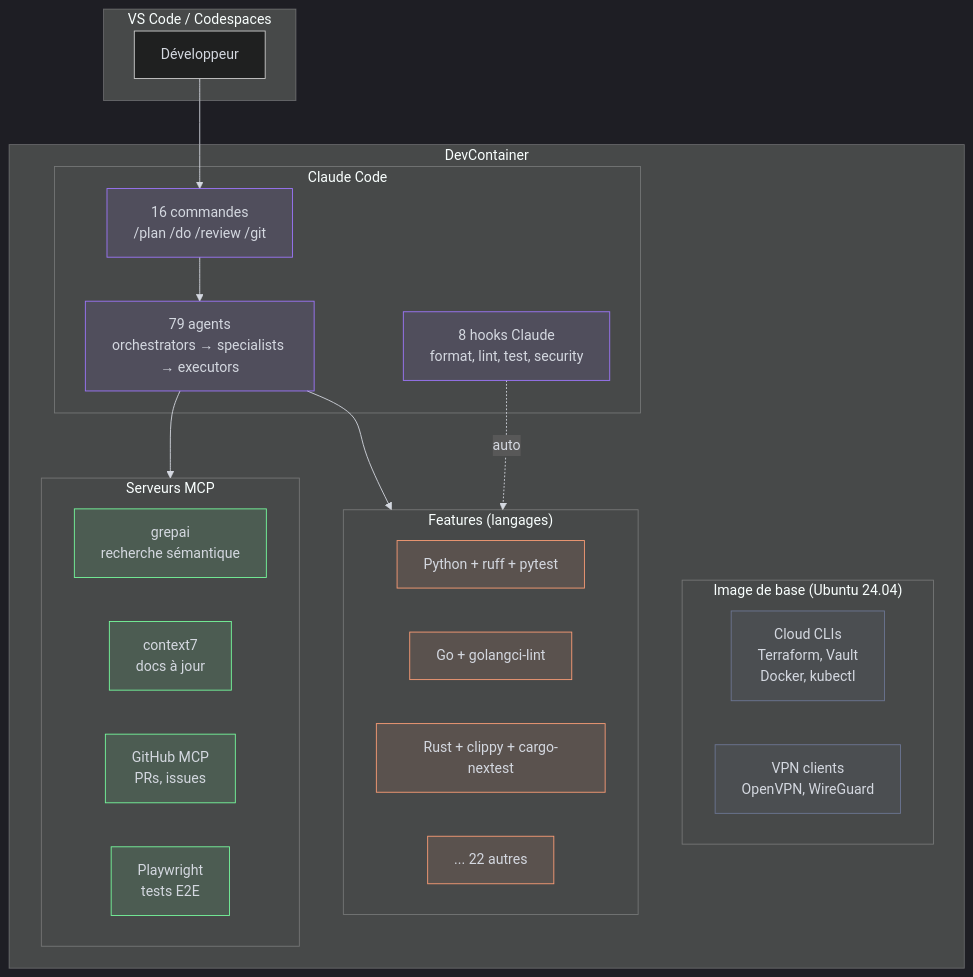
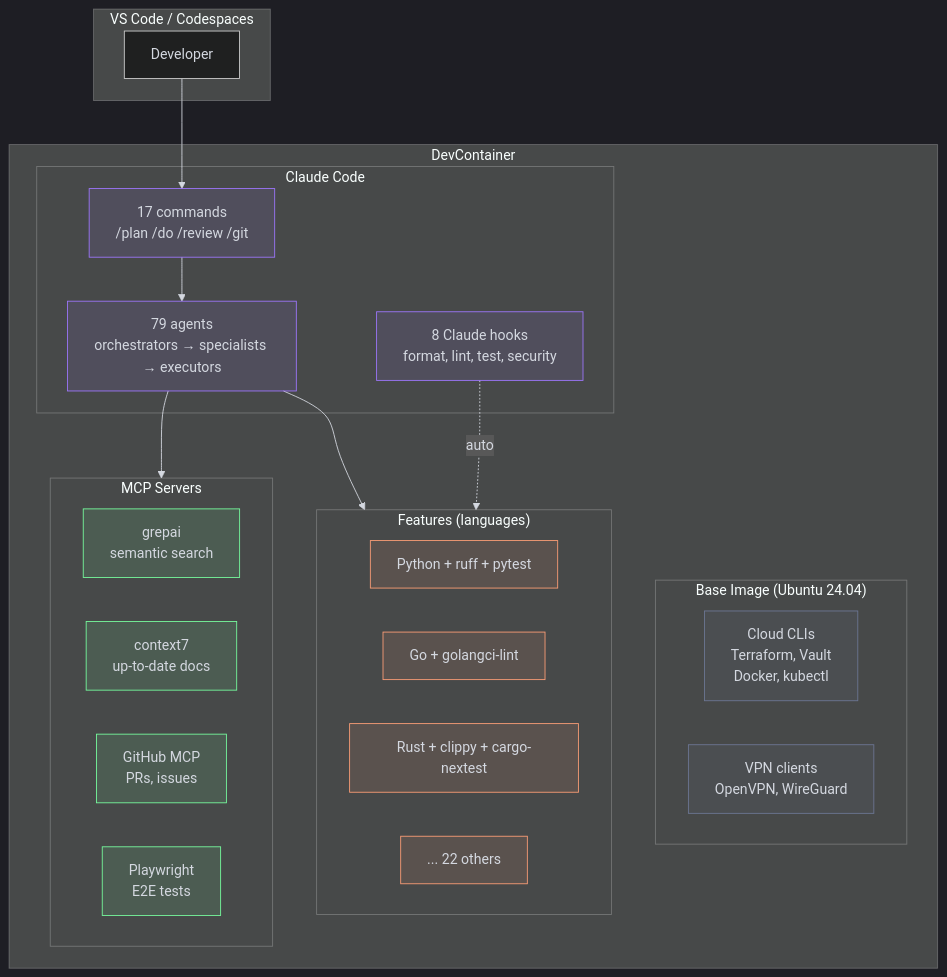
One commit to kodflow/devcontainer-template changed the first of 2 diagrams in docs/architecture/README.md. Above: the diagram before and after it, drawn with Mermaid. The commit also changed other lines of this file and 60 other files, not shown here.

````diff
--- a/docs/architecture/README.md
+++ b/docs/architecture/README.md
@@ -7,62 +7,62 @@
 ```mermaid
 %%{init: {'theme': 'dark', 'themeVariables': {
   'primaryColor': '#9D76FB1a',
   'primaryBorderColor': '#9D76FB',
   'primaryTextColor': '#d4d8e0',
   'lineColor': '#d4d8e0',
   'textColor': '#d4d8e0',
   'secondaryColor': '#76FB9D1a',
   'secondaryBorderColor': '#76FB9D',
   'secondaryTextColor': '#d4d8e0',
   'tertiaryColor': '#FB9D761a',
   'tertiaryBorderColor': '#FB9D76',
   'tertiaryTextColor': '#d4d8e0'
 }}}%%
 flowchart TB
     subgraph IDE["VS Code / Codespaces"]
-        U[Développeur]
+        U[Developer]
     end
 
     subgraph DC["DevContainer"]
-        subgraph BASE["Image de base (Ubuntu 24.04)"]
+        subgraph BASE["Base Image (Ubuntu 24.04)"]
             TOOLS[Cloud CLIs<br/>Terraform, Vault<br/>Docker, kubectl]
             NET[VPN clients<br/>OpenVPN, WireGuard]
         end
 
-        subgraph FEAT["Features (langages)"]
+        subgraph FEAT["Features (languages)"]
             L1[Python + ruff + pytest]
             L2[Go + golangci-lint]
             L3[Rust + clippy + cargo-nextest]
-            LN[... 22 autres]
+            LN[... 22 others]
         end
 
         subgraph CLAUDE["Claude Code"]
-            CMD[16 commandes<br/>/plan /do /review /git]
+            CMD[17 commands<br/>/plan /do /review /git]
             AGT[79 agents<br/>orchestrators → specialists → executors]
-            HK[8 hooks Claude<br/>format, lint, test, security]
+            HK[8 Claude hooks<br/>format, lint, test, security]
         end
 
-        subgraph MCP["Serveurs MCP"]
-            G[grepai<br/>recherche sémantique]
-            C7[context7<br/>docs à jour]
+        subgraph MCP["MCP Servers"]
+            G[grepai<br/>semantic search]
+            C7[context7<br/>up-to-date docs]
             GH[GitHub MCP<br/>PRs, issues]
-            PW[Playwright<br/>tests E2E]
+            PW[Playwright<br/>E2E tests]
         end
     end
 
     U --> CMD
     CMD --> AGT
     AGT --> MCP
     HK -.->|auto| FEAT
     AGT --> FEAT
 
     classDef primary fill:#9D76FB1a,stroke:#9D76FB,color:#d4d8e0
     classDef data fill:#76FB9D1a,stroke:#76FB9D,color:#d4d8e0
     classDef async fill:#FB9D761a,stroke:#FB9D76,color:#d4d8e0
     classDef external fill:#6c76931a,stroke:#6c7693,color:#d4d8e0
 
     class CMD,AGT,HK primary
     class G,C7,GH,PW data
     class L1,L2,L3,LN async
     class TOOLS,NET external
 ```
````
